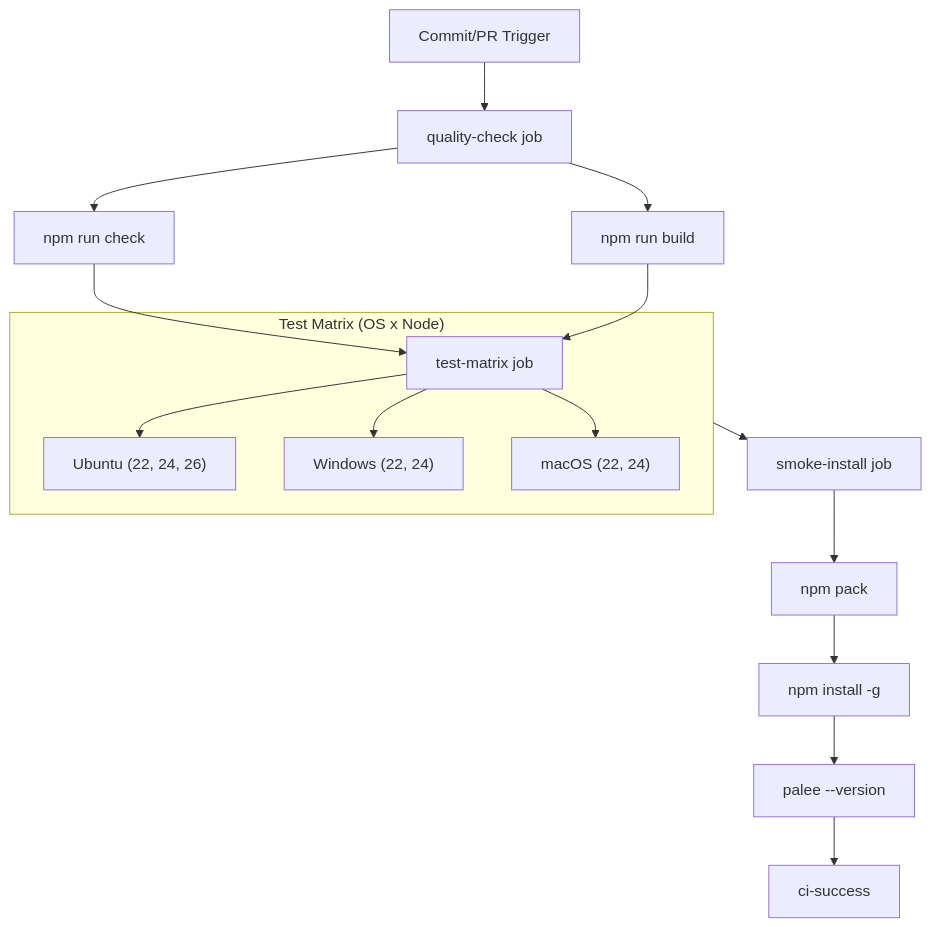
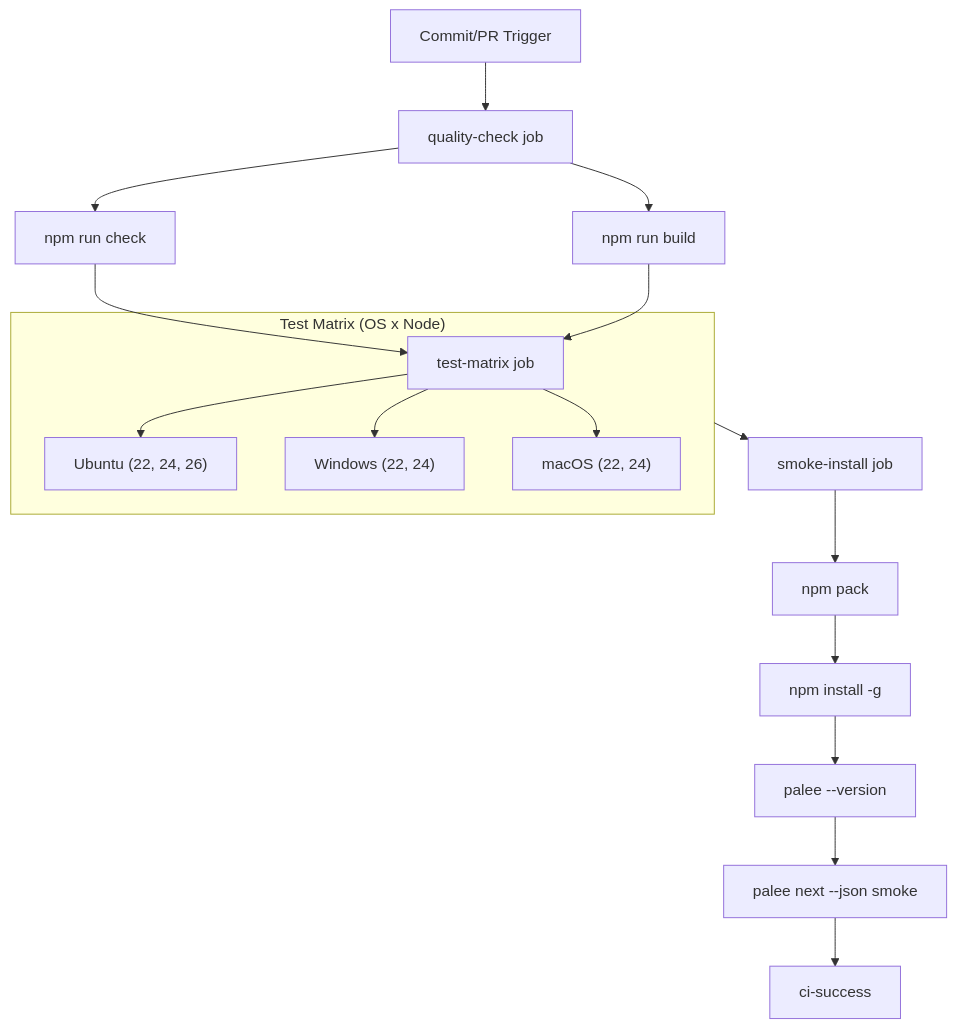
The first of 2 diagrams in docs/07-1-continuous-integration.md (Kuldeep2822k/cli), drawn with Mermaid before and after one commit. The commit also changed other lines of this file and 7 other files, not shown here.

````diff
--- a/docs/07-1-continuous-integration.md
+++ b/docs/07-1-continuous-integration.md
@@ -63,31 +64,33 @@
 ```mermaid
 flowchart TD
     Trigger["Commit/PR Trigger"]
     QC["quality-check job"]
     Lint["npm run check"]
     Build["npm run build"]
     SI["smoke-install job"]
     Pack["npm pack"]
     GlobalInstall["npm install -g"]
     VersionCheck["palee --version"]
+    SmokeCmd["palee next --json smoke"]
     Success["ci-success"]
     subgraph Matrix ["Test Matrix (OS x Node)"]
         TM["test-matrix job"]
         Linux["Ubuntu (22, 24, 26)"]
         Win["Windows (22, 24)"]
         Mac["macOS (22, 24)"]
     end
     Trigger --> QC
     QC --> Lint
     QC --> Build
     Lint --> TM
     Build --> TM
     TM --> Linux
     TM --> Win
     TM --> Mac
     SI --> Pack
     Pack --> GlobalInstall
     GlobalInstall --> VersionCheck
-    VersionCheck --> Success
+    VersionCheck --> SmokeCmd
+    SmokeCmd --> Success
     Matrix --> SI
 ```
````
